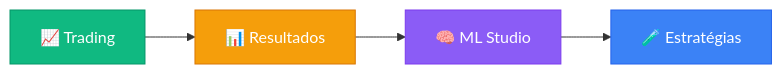
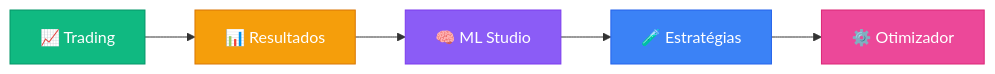
Before and after one commit to Iquitim/Gastor: the second of 2 diagrams in README.md, drawn with Mermaid. The commit also changed other lines of this file and 8 other files, not shown here.

````diff
--- a/README.md
+++ b/README.md
@@ -139,11 +139,13 @@
 ```mermaid
 graph LR
     A["📈 Trading"] --> B["📊 Resultados"]
     B --> C["🧠 ML Studio"]
     C --> D["🧪 Estratégias"]
+    D --> E["⚙️ Otimizador"]
     
     style A fill:#10b981,stroke:#059669,color:#fff
     style B fill:#f59e0b,stroke:#d97706,color:#fff
     style C fill:#8b5cf6,stroke:#7c3aed,color:#fff
     style D fill:#3b82f6,stroke:#2563eb,color:#fff
+    style E fill:#ec4899,stroke:#db2777,color:#fff
 ```
````
